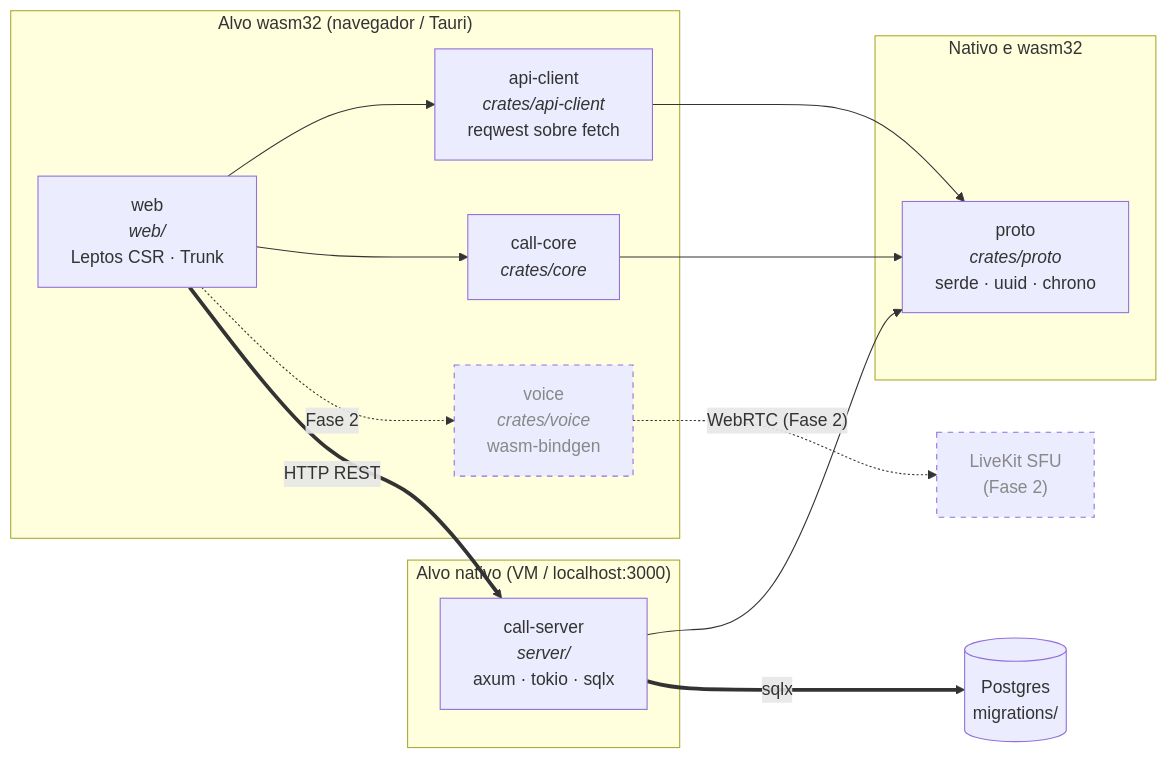
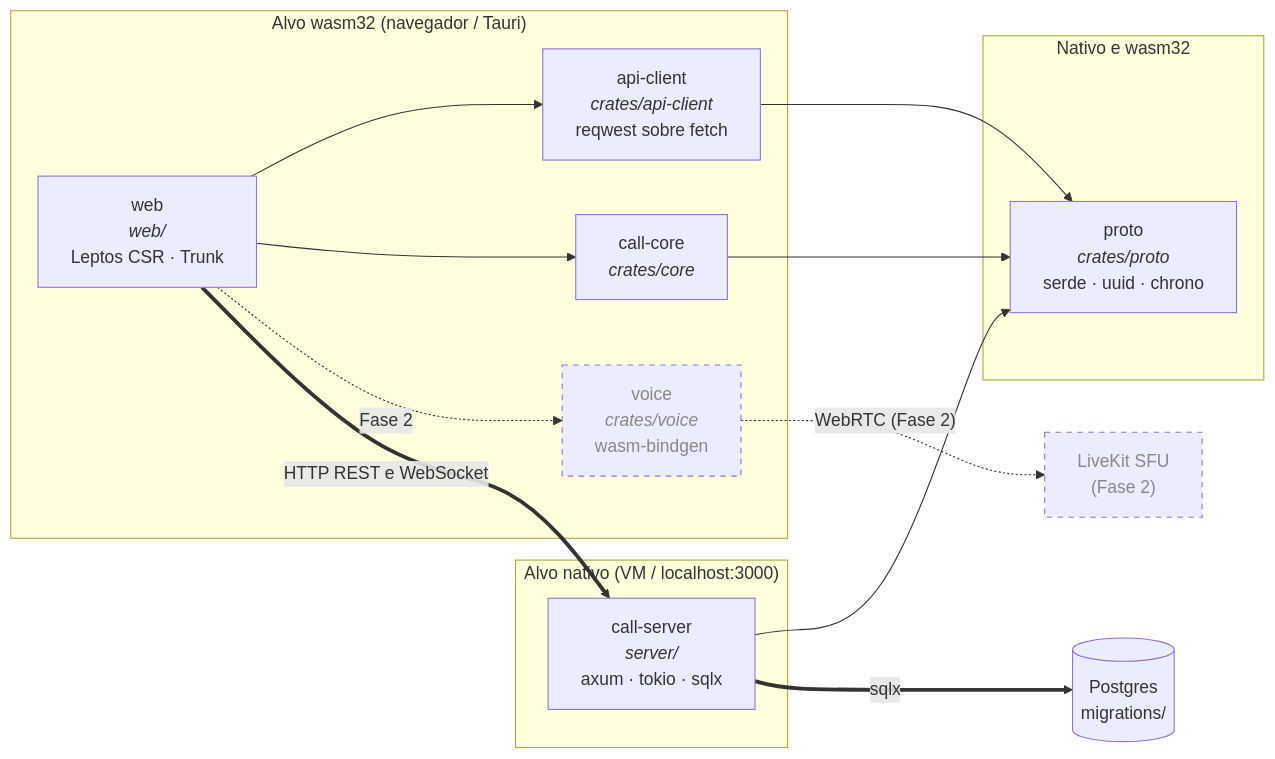
The diagram in docs/architecture/01-crates.md (ncfcj/call), drawn with Mermaid before and after one commit. The commit also changed other lines of this file and 24 other files, not shown here.

First line of the commit message:
Fase 1: WebSocket com ticket, inscrição por servidor e presença

````diff
--- a/docs/architecture/01-crates.md
+++ b/docs/architecture/01-crates.md
@@ -6,34 +6,34 @@
 ```mermaid
 flowchart LR
     subgraph nativo["Alvo nativo (VM / localhost:3000)"]
         server["call-server<br/><i>server/</i><br/>axum · tokio · sqlx"]
     end
 
     subgraph shared["Nativo e wasm32"]
         proto["proto<br/><i>crates/proto</i><br/>serde · uuid · chrono"]
     end
 
     subgraph wasm["Alvo wasm32 (navegador / Tauri)"]
         web["web<br/><i>web/</i><br/>Leptos CSR · Trunk"]
         api["api-client<br/><i>crates/api-client</i><br/>reqwest sobre fetch"]
         core["call-core<br/><i>crates/core</i>"]
         voice["voice<br/><i>crates/voice</i><br/>wasm-bindgen"]
     end
 
     pg[("Postgres<br/>migrations/")]
     lk["LiveKit SFU<br/>(Fase 2)"]
 
     server --> proto
     api --> proto
     core --> proto
     web --> api
     web --> core
     web -. "Fase 2" .-> voice
 
-    web == "HTTP REST" ==> server
+    web == "HTTP REST e WebSocket" ==> server
     server == "sqlx" ==> pg
     voice -. "WebRTC (Fase 2)" .-> lk
 
     classDef pending stroke-dasharray: 5 5,color:#888
     class voice,lk pending
 ```
````
